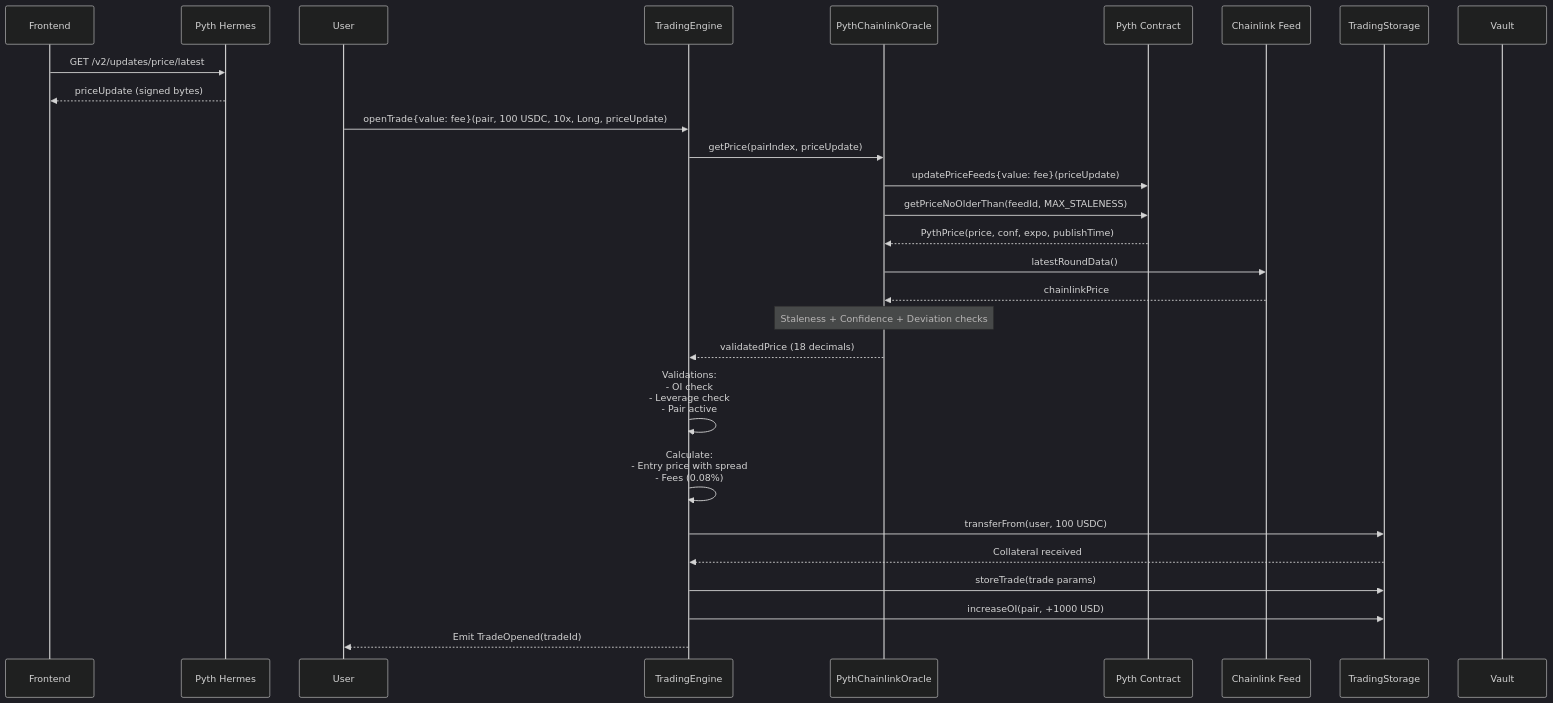
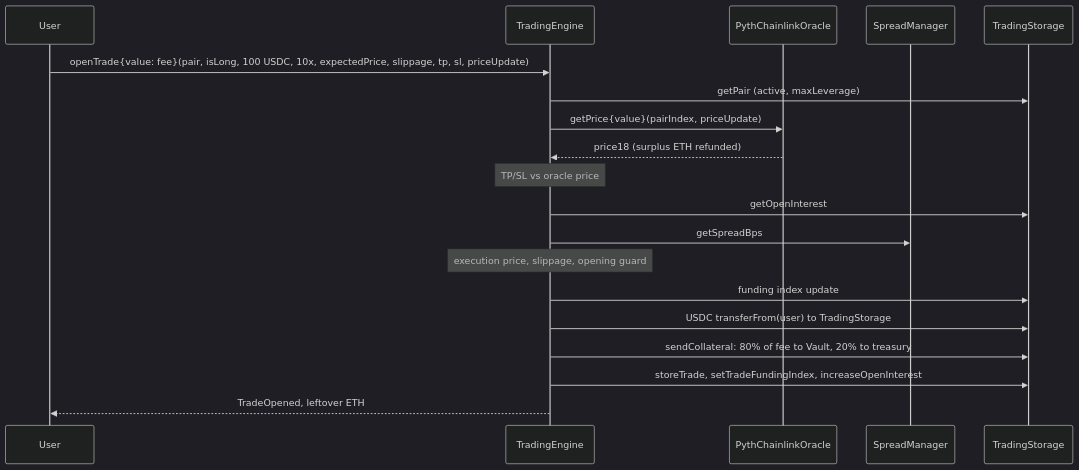
One commit to GushALKDev/evm-synthetic-trading-protocol changed the second of 4 diagrams in docs/03-architecture.md. Above: the diagram before and after it, drawn with Mermaid (dark theme). The commit also changed other lines of this file, not shown here.

First line of the commit message:
Rewrite the architecture guide against the contracts

````diff
--- a/docs/03-architecture.md
+++ b/docs/03-architecture.md
@@ -435,38 +263,22 @@
 ```mermaid
 sequenceDiagram
-    participant Frontend
-    participant Hermes as Pyth Hermes
     participant User
-    participant Trading as TradingEngine
+    participant Engine as TradingEngine
     participant Oracle as PythChainlinkOracle
-    participant Pyth as Pyth Contract
-    participant CL as Chainlink Feed
+    participant Spread as SpreadManager
     participant Storage as TradingStorage
-    participant Vault
 
-    Frontend->>Hermes: GET /v2/updates/price/latest
-    Hermes-->>Frontend: priceUpdate (signed bytes)
-
-    User->>Trading: openTrade{value: fee}(pair, 100 USDC, 10x, Long, priceUpdate)
-
-    Trading->>Oracle: getPrice(pairIndex, priceUpdate)
-    Oracle->>Pyth: updatePriceFeeds{value: fee}(priceUpdate)
-    Oracle->>Pyth: getPriceNoOlderThan(feedId, MAX_STALENESS)
-    Pyth-->>Oracle: PythPrice(price, conf, expo, publishTime)
-    Oracle->>CL: latestRoundData()
-    CL-->>Oracle: chainlinkPrice
-    Note over Oracle: Staleness + Confidence + Deviation checks
-    Oracle-->>Trading: validatedPrice (18 decimals)
-
-    Trading->>Trading: Validations:<br/>- OI check<br/>- Leverage check<br/>- Pair active
-
-    Trading->>Trading: Calculate:<br/>- Entry price with spread<br/>- Fees (0.08%)
-
-    Trading->>Storage: transferFrom(user, 100 USDC)
-    Storage-->>Trading: Collateral received
-
-    Trading->>Storage: storeTrade(trade params)
-    Trading->>Storage: increaseOI(pair, +1000 USD)
-
-    Trading-->>User: Emit TradeOpened(tradeId)
+    User->>Engine: openTrade{value: fee}(pair, isLong, 100 USDC, 10x, expectedPrice, slippage, tp, sl, priceUpdate)
+    Engine->>Storage: getPair (active, maxLeverage)
+    Engine->>Oracle: getPrice{value}(pairIndex, priceUpdate)
+    Oracle-->>Engine: price18 (surplus ETH refunded)
+    Note over Engine: TP/SL vs oracle price
+    Engine->>Storage: getOpenInterest
+    Engine->>Spread: getSpreadBps
+    Note over Engine: execution price, slippage, opening guard
+    Engine->>Storage: funding index update
+    Engine->>Storage: USDC transferFrom(user) to TradingStorage
+    Engine->>Storage: sendCollateral: 80% of fee to Vault, 20% to treasury
+    Engine->>Storage: storeTrade, setTradeFundingIndex, increaseOpenInterest
+    Engine-->>User: TradeOpened, leftover ETH
 ```
````
